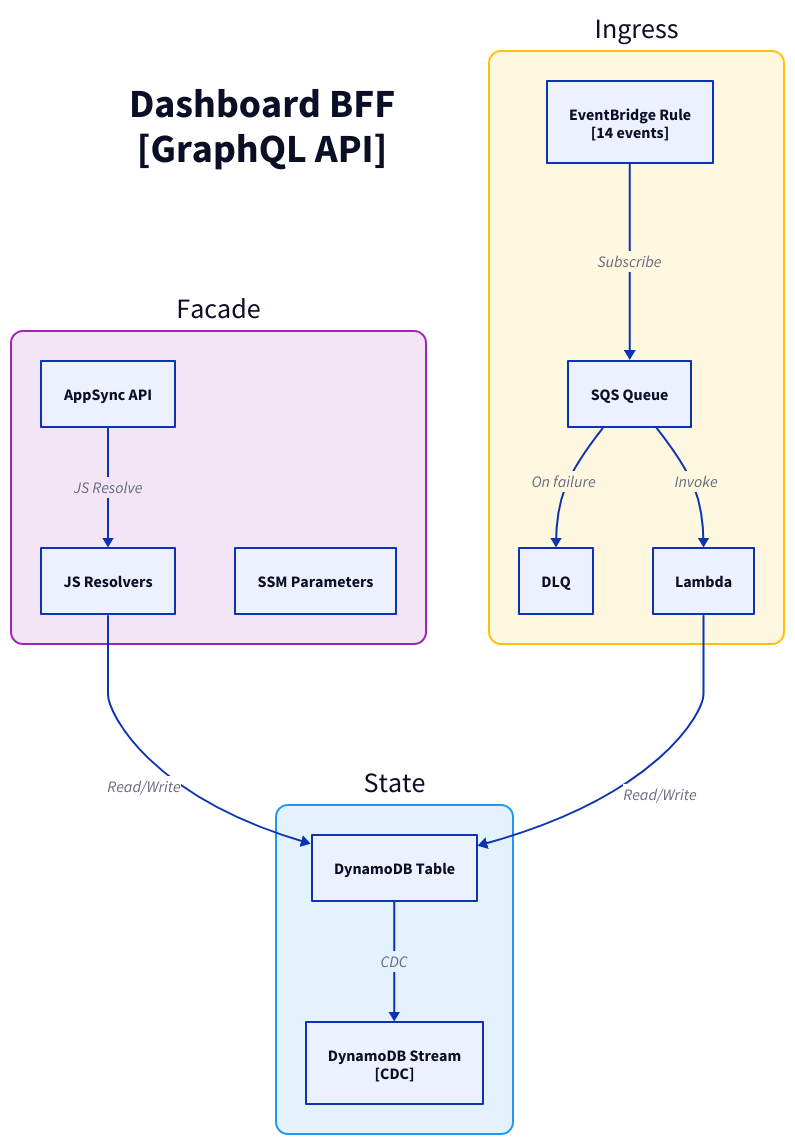
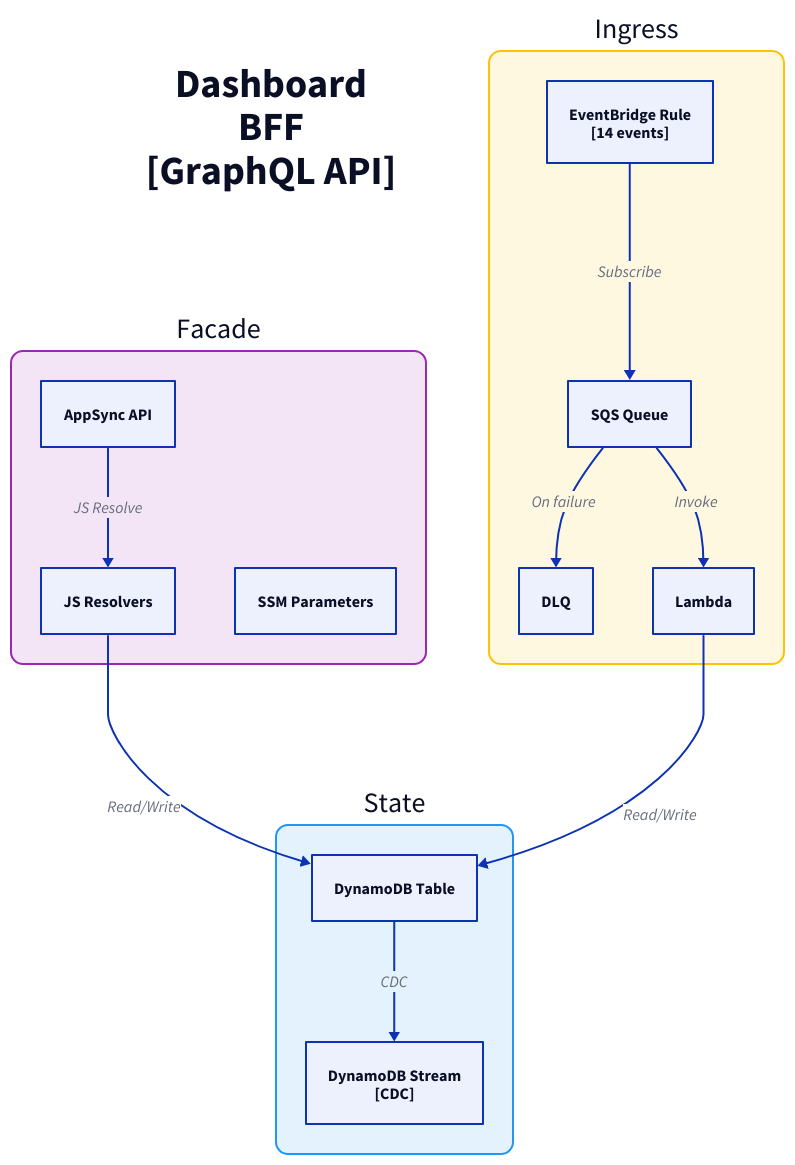
The diagram in docs/architecture/c3/dashboard-bff.d2 (fabio-vitali/nestfolio), drawn with D2 before and after one commit. The commit also changed 66 other files, not shown here.

Commit message:
fix: c4 diagrams fixes

```diff
--- a/docs/architecture/c3/dashboard-bff.d2
+++ b/docs/architecture/c3/dashboard-bff.d2
@@ -1,36 +1,36 @@
 direction: down
 
-title: "Dashboard BFF\n[GraphQL API]" {
+title: "Dashboard\nBFF\n[GraphQL API]" {
   style: { font-size: 40; bold: true; fill: transparent; stroke: transparent }
 }
 
 facade: "Facade" {
   style: { fill: "#F3E5F5"; stroke: "#9C27B0"; border-radius: 12; font-size: 28 }
   appsync: "AppSync API" { class: aws-appsync }
   resolvers: "JS Resolvers" { class: aws-lambda }
   appsync -> resolvers: JS Resolve
   ssm: "SSM Parameters" { class: aws-ssm }
 }
 
 ingress: "Ingress" {
   style: { fill: "#FFF8E1"; stroke: "#FFC107"; border-radius: 12; font-size: 28 }
   rule: "EventBridge Rule\n[14 events]" { class: aws-eventbridge }
   sqs: "SQS Queue" { class: aws-sqs }
   dlq: "DLQ" { class: aws-dlq }
   handler: "Lambda" { class: aws-lambda }
 
   rule -> sqs: Subscribe
   sqs -> handler: Invoke
   sqs -> dlq: On failure
 }
 
 state: "State" {
   style: { fill: "#E3F2FD"; stroke: "#2196F3"; border-radius: 12; font-size: 28 }
   table: "DynamoDB Table" { class: aws-dynamodb }
   stream: "DynamoDB Stream\n[CDC]" { class: aws-ddb-stream }
   table -> stream: CDC
 }
 
 # Flows
 facade.resolvers -> state.table: Read/Write
 ingress.handler -> state.table: Read/Write
```
